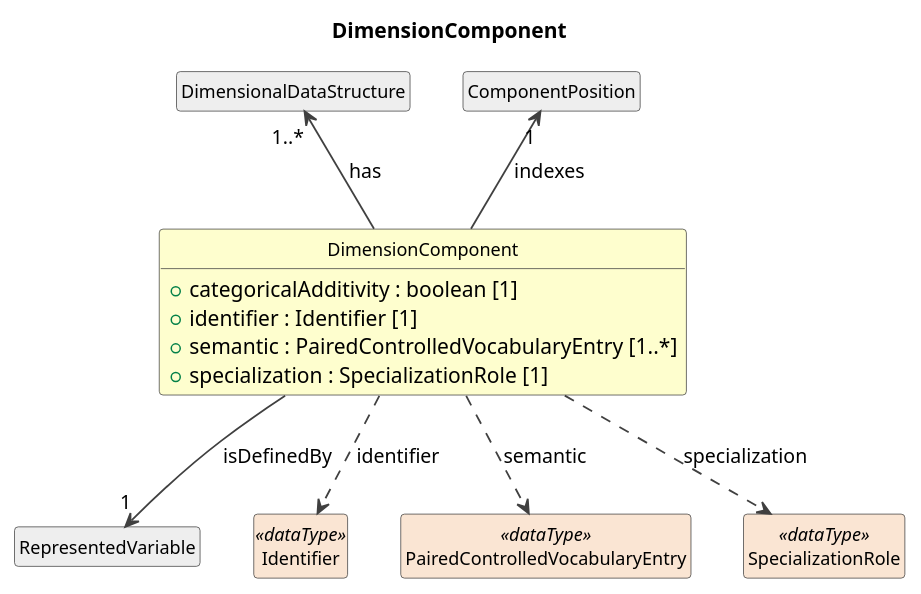
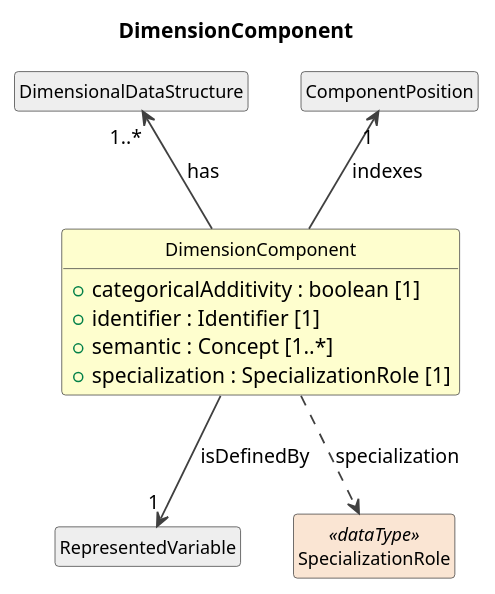
The diagram in build/field-level-documentation/CDIFDataStructure/Classes/DimensionComponent.pu (Cross-Domain-Interoperability-Framework/metadataBuildingBlocks), drawn with PlantUML before and after one commit. The commit also changed 237 other files, not shown here.

```diff
--- a/build/field-level-documentation/CDIFDataStructure/Classes/DimensionComponent.pu
+++ b/build/field-level-documentation/CDIFDataStructure/Classes/DimensionComponent.pu
@@ -1,32 +1,28 @@
 @startuml
 title DimensionComponent
 hide circle
 hide empty members
 skinparam shadowing false
 skinparam ArrowThickness 1.2
 skinparam class {
   ArrowColor #404040
   BorderColor #404040
   FontSize 12
 }
 
 class "DimensionComponent" as DimensionComponent #FEFECE {
   +categoricalAdditivity : boolean [1]
   +identifier : Identifier [1]
-  +semantic : PairedControlledVocabularyEntry [1..*]
+  +semantic : Concept [1..*]
   +specialization : SpecializationRole [1]
 }
 class "DimensionalDataStructure" as DimensionalDataStructure #EEEEEE
 DimensionalDataStructure "1..*" <-- DimensionComponent : has
 class "RepresentedVariable" as RepresentedVariable #EEEEEE
 DimensionComponent --> "1" RepresentedVariable : isDefinedBy
 class "ComponentPosition" as ComponentPosition #EEEEEE
 ComponentPosition "1" <-- DimensionComponent : indexes
-class "Identifier" as Identifier <<dataType>> #FAE5D3
-DimensionComponent ..> Identifier : identifier
-class "PairedControlledVocabularyEntry" as PairedControlledVocabularyEntry <<dataType>> #FAE5D3
-DimensionComponent ..> PairedControlledVocabularyEntry : semantic
 class "SpecializationRole" as SpecializationRole <<dataType>> #FAE5D3
 DimensionComponent ..> SpecializationRole : specialization
 
 @enduml
```
